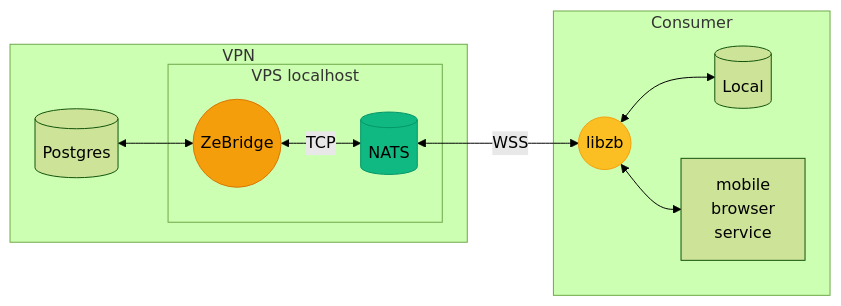
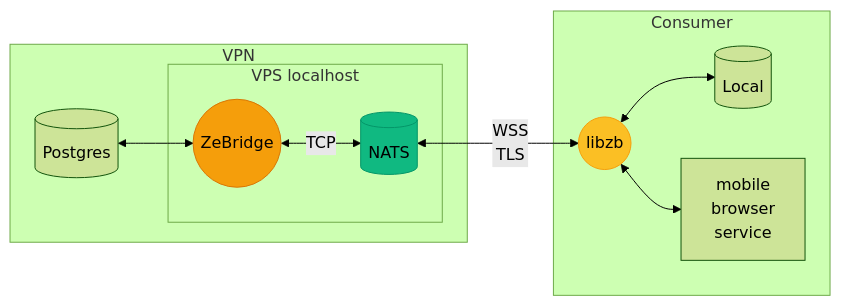
One commit to ndrean/ZeBridge changed the first of 2 diagrams in README.md. Above: the diagram before and after it, drawn with Mermaid (forest theme). The commit also changed other lines of this file, not shown here.

````diff
--- a/README.md
+++ b/README.md
@@ -11,28 +11,28 @@
 ```mermaid
 flowchart LR
      subgraph VPN["VPN"]
         PG[("Postgres")]
         subgraph Localhost ["VPS localhost"]
             Bridge(("ZeBridge"))
             NATS[("NATS")]
         end
         PG <--> Bridge
         Bridge <--> |TCP| NATS
     end
 
-    NATS <--> |WSS| Lib
+    NATS <--> |WSS <br> TLS| Lib
 
 
     subgraph Edge["Consumer"]
         Lib(("libzb"))
         SQL[("Local")]
         App["mobile<br>browser<br>service"]
         Lib <-->SQL
         Lib <-->App
 
     end
 
     style Bridge fill:#f59e0b,stroke:#d97706,color:#000
     style Lib fill:#fbbf24,stroke:#f59e0b,color:#000
     style NATS fill:#10b981,stroke:#059669,color:#000
 ```
````
